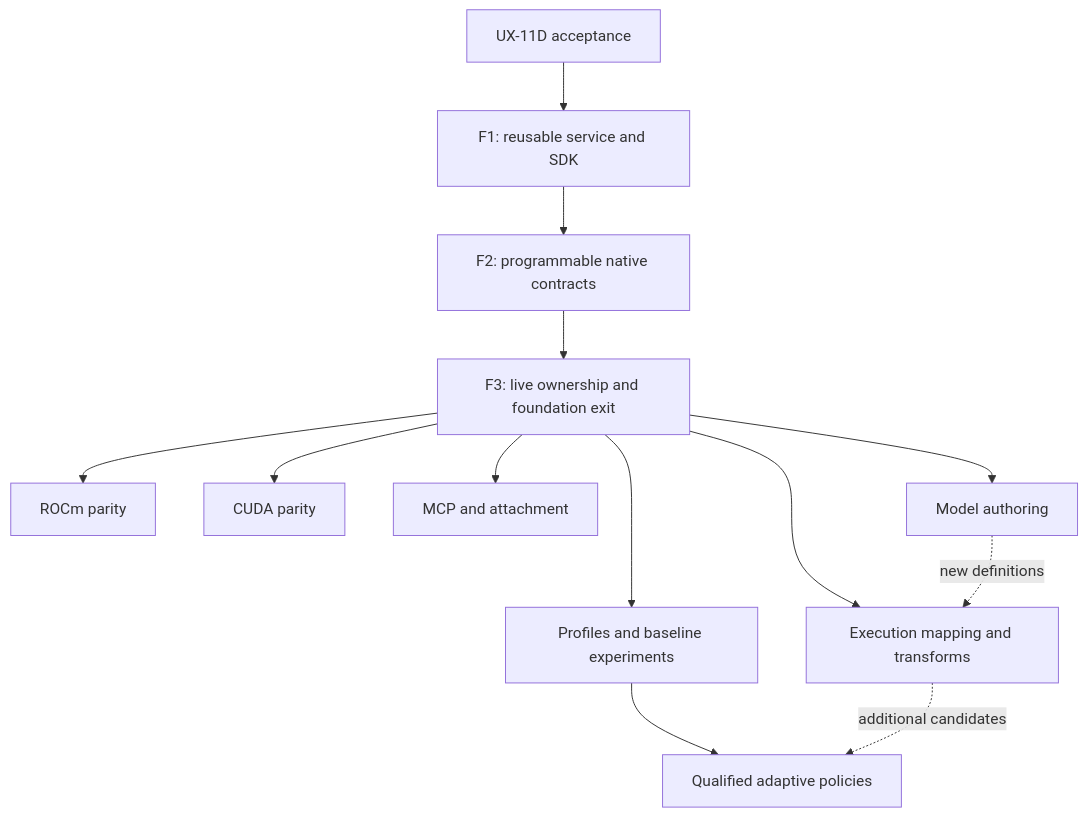
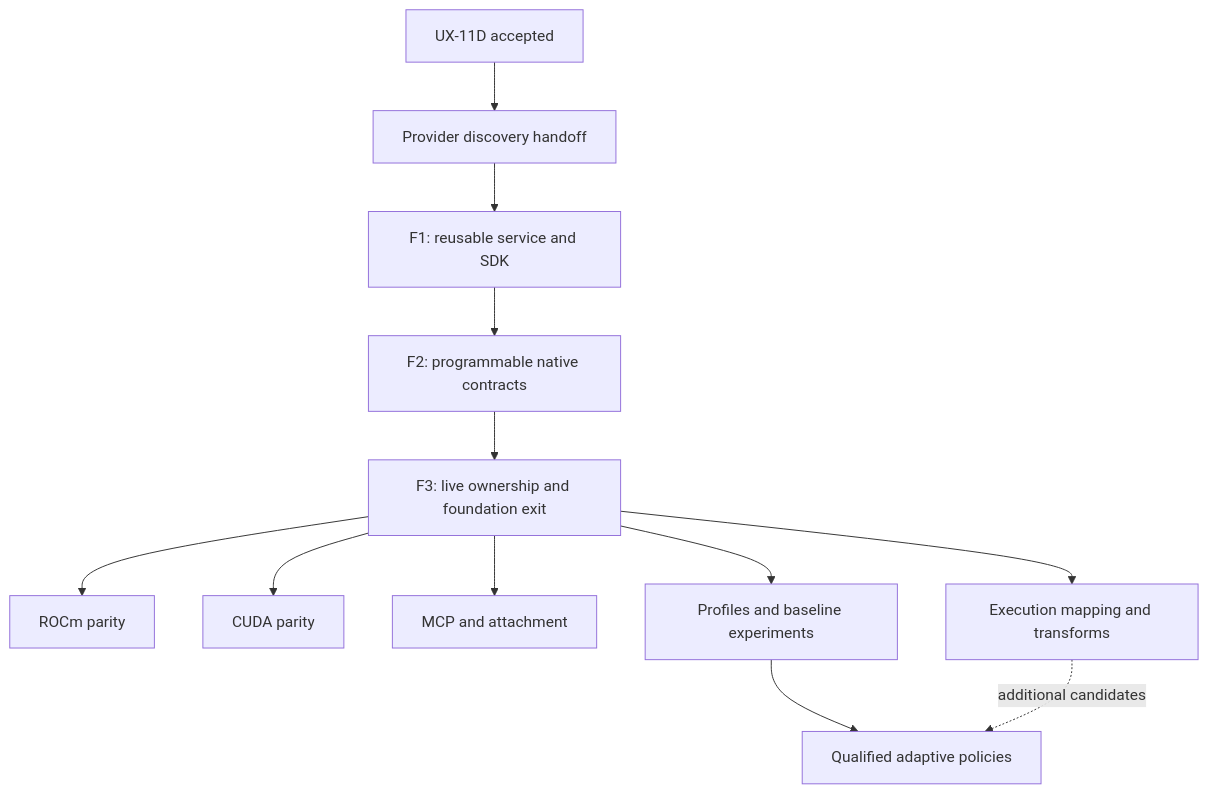
The diagram in .agents/plans/programmable-service/IMPLEMENTATION_PHASES.md (abird-ai/zerogravity), drawn with Mermaid before and after one commit. The commit also changed other lines of this file and 3 other files, not shown here.

Commit message:
docs: prepare shared-service foundation after provider handoff

````diff
--- a/.agents/plans/programmable-service/IMPLEMENTATION_PHASES.md
+++ b/.agents/plans/programmable-service/IMPLEMENTATION_PHASES.md
@@ -21,15 +21,14 @@
 ```mermaid
 flowchart TB
-    U["UX-11D acceptance"] --> F1["F1: reusable service and SDK"]
+    U["UX-11D accepted"] --> D["Provider discovery handoff"]
+    D --> F1["F1: reusable service and SDK"]
     F1 --> F2["F2: programmable native contracts"]
     F2 --> F3["F3: live ownership and foundation exit"]
     F3 --> R["ROCm parity"]
     F3 --> C["CUDA parity"]
     F3 --> M["MCP and attachment"]
-    F3 --> A["Model authoring"]
     F3 --> E["Profiles and baseline experiments"]
     F3 --> K["Execution mapping and transforms"]
-    A -. new definitions .-> K
     E --> P["Qualified adaptive policies"]
     K -. additional candidates .-> P
 ```
````
